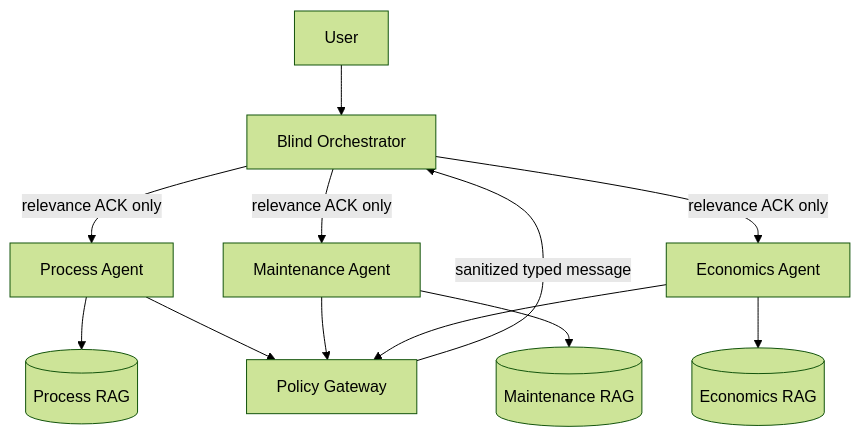
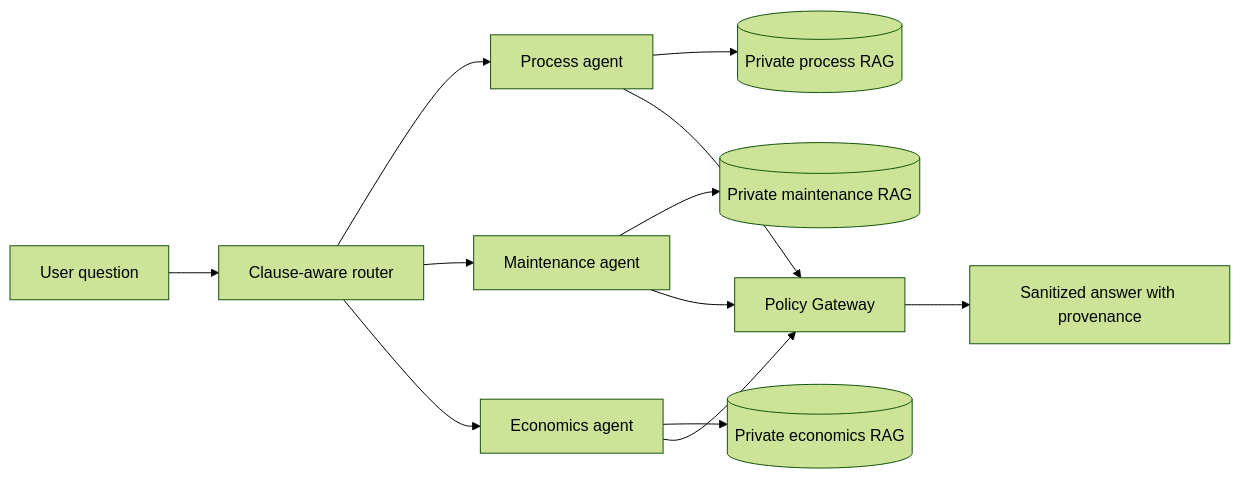
The diagram in README.md (AlexandrKotelnikov/silo-agents), drawn with Mermaid (forest theme) before and after one commit. The commit also changed other lines of this file, not shown here.

````diff
--- a/README.md
+++ b/README.md
@@ -17,14 +58,14 @@
 ```mermaid
-flowchart TD
-    U[User] --> O[Blind Orchestrator]
-    O -->|relevance ACK only| P[Process Agent]
-    O -->|relevance ACK only| M[Maintenance Agent]
-    O -->|relevance ACK only| E[Economics Agent]
-    P --> PR[(Process RAG)]
-    M --> MR[(Maintenance RAG)]
-    E --> ER[(Economics RAG)]
+flowchart LR
+    U[User question] --> C[Clause-aware router]
+    C --> P[Process agent]
+    C --> M[Maintenance agent]
+    C --> E[Economics agent]
+    P --> PR[(Private process RAG)]
+    M --> MR[(Private maintenance RAG)]
+    E --> ER[(Private economics RAG)]
     P --> G[Policy Gateway]
     M --> G
     E --> G
-    G -->|sanitized typed message| O
+    G --> O[Sanitized answer with provenance]
 ```
````
